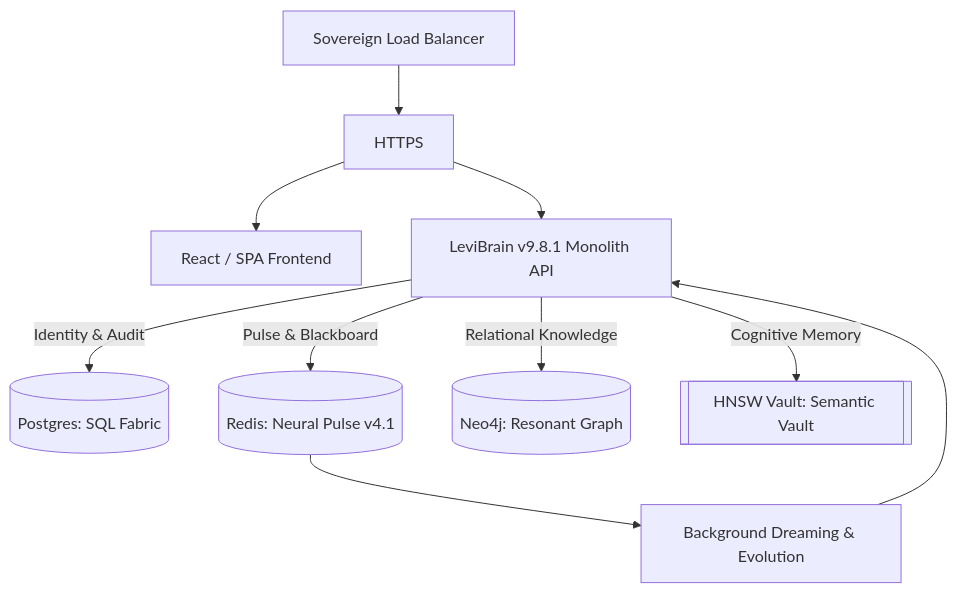
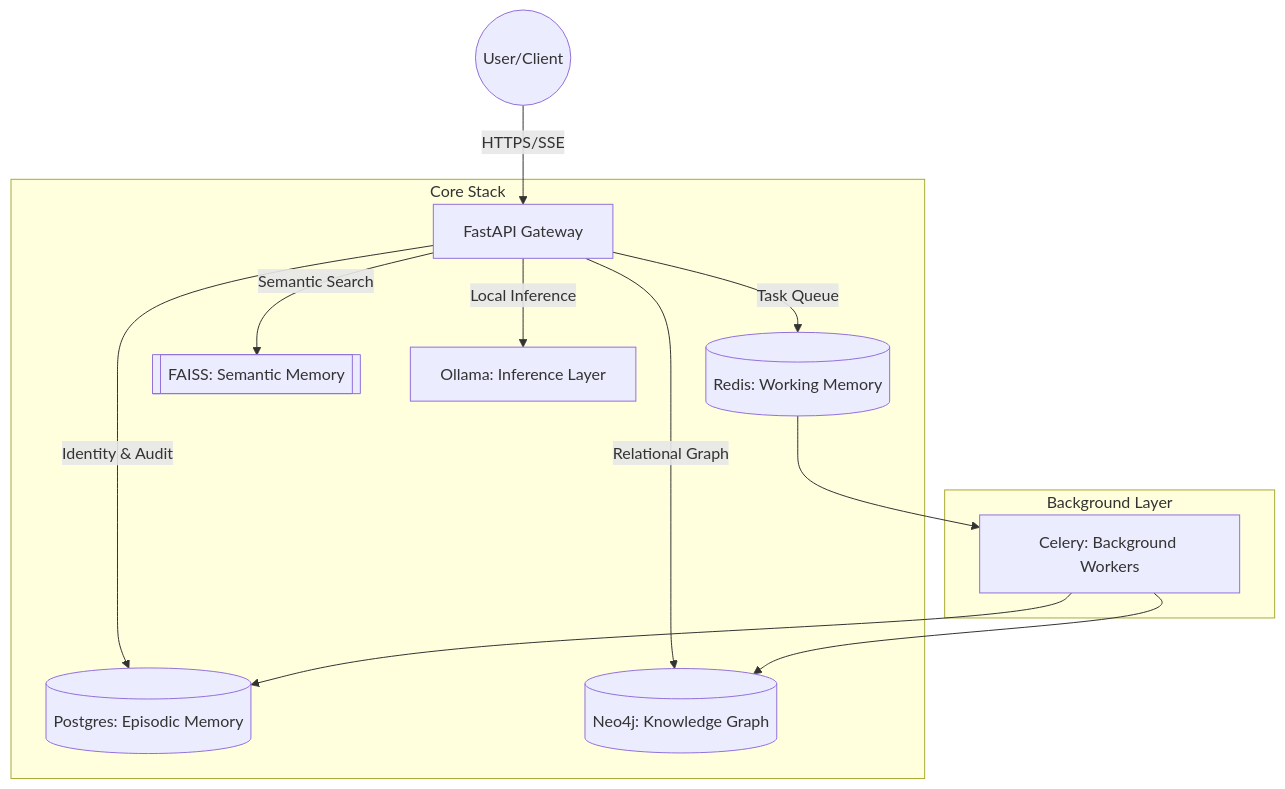
Before and after one commit to Blackdrg/levi-ai-innovate: the diagram in docs/DEPLOYMENT.md, drawn with Mermaid. The commit also changed other lines of this file and 61 other files, not shown here.

Commit message:
Graduation to v1.0.0-RC1: Local-First Distributed Stack Rebranding and Hardening

````diff
--- a/docs/DEPLOYMENT.md
+++ b/docs/DEPLOYMENT.md
@@ -13,16 +13,18 @@
 ```mermaid
 graph TD
-    LB[Sovereign Load Balancer] --> HTTPS
-    HTTPS --> Web[React / SPA Frontend]
-    HTTPS --> V8[LeviBrain v9.8.1 Monolith API]
+    User((User/Client)) -->|HTTPS/SSE| Gateway[FastAPI Gateway]
     
-    %% Service Fabric
-    V8 -->|Identity & Audit| Postgres[(Postgres: SQL Fabric)]
-    V8 -->|Pulse & Blackboard| Redis[(Redis: Neural Pulse v4.1)]
-    V8 -->|Relational Knowledge| Neo4j[(Neo4j: Resonant Graph)]
-    V8 -->|Cognitive Memory| FAISS[[HNSW Vault: Semantic Vault]]
+    subgraph "Core Stack"
+        Gateway -->|Identity & Audit| Postgres[(Postgres: Episodic Memory)]
+        Gateway -->|Task Queue| Redis[(Redis: Working Memory)]
+        Gateway -->|Relational Graph| Neo4j[(Neo4j: Knowledge Graph)]
+        Gateway -->|Semantic Search| FAISS[[FAISS: Semantic Memory]]
+        Gateway -->|Local Inference| Ollama[Ollama: Inference Layer]
+    end
     
-    %% Async Loops
-    Redis --> Worker[Background Dreaming & Evolution]
-    Worker --> V8
+    subgraph "Background Layer"
+        Redis --> Worker[Celery: Background Workers]
+        Worker --> Postgres
+        Worker --> Neo4j
+    end
 ```
````
